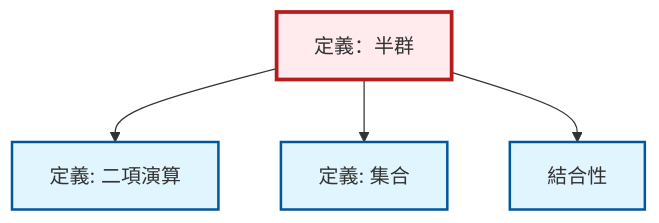
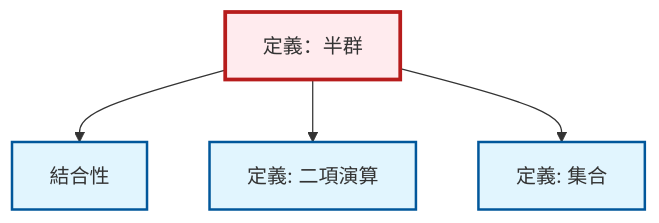
Before and after one commit to RK0429/ModernMath: the diagram in output/mermaid/ja/def-semigroup.mermaid, drawn with Mermaid. The commit also changed other lines of this file and 3094 other files, not shown here.

```diff
--- a/output/mermaid/ja/def-semigroup.mermaid
+++ b/output/mermaid/ja/def-semigroup.mermaid
@@ -1,15 +1,15 @@
 %%| fig-cap: "Local dependency graph"
 graph TD
     classDef definition fill:#e1f5fe,stroke:#01579b,stroke-width:2px
     classDef theorem fill:#f3e5f5,stroke:#4a148c,stroke-width:2px
     classDef axiom fill:#fff3e0,stroke:#e65100,stroke-width:2px
     classDef example fill:#e8f5e9,stroke:#1b5e20,stroke-width:2px
     classDef current fill:#ffebee,stroke:#b71c1c,stroke-width:3px
+    def-binary-operation["定義: 二項演算"]:::definition
     def-associativity["結合性"]:::definition
     def-semigroup["定義：半群"]:::definition
     def-set["定義: 集合"]:::definition
-    def-binary-operation["定義: 二項演算"]:::definition
+    def-semigroup --> def-associativity
     def-semigroup --> def-binary-operation
     def-semigroup --> def-set
-    def-semigroup --> def-associativity
     class def-semigroup current
```
